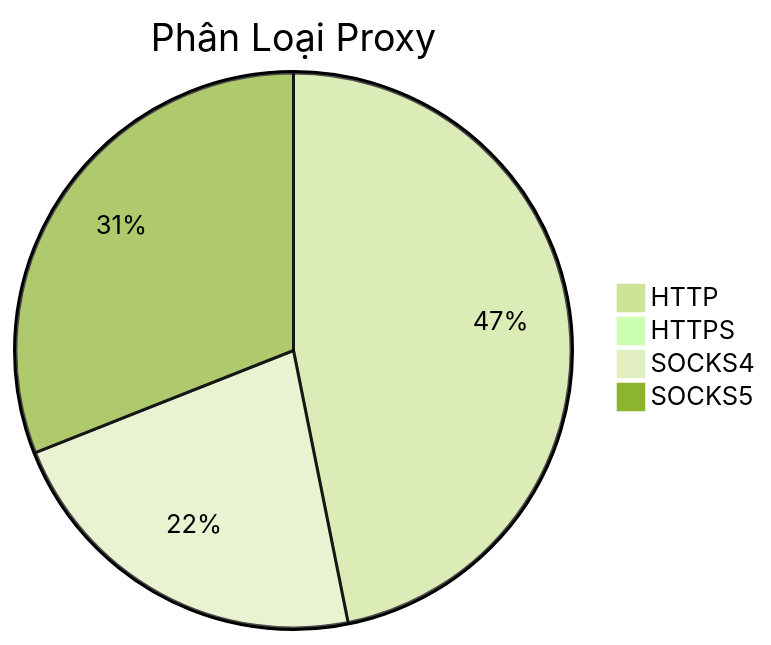
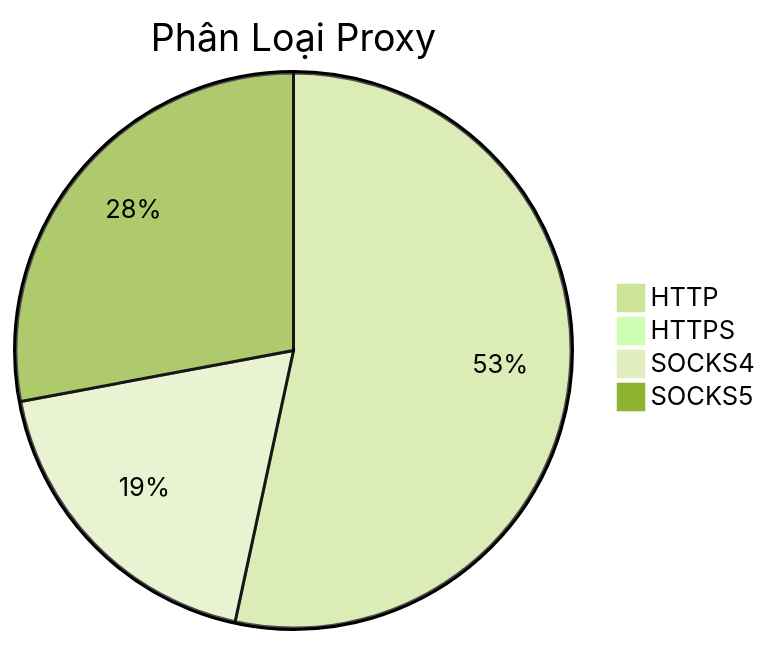
The diagram in README.md (Ciara-12/PROXY-free), drawn with Mermaid (forest theme) before and after one commit. The commit also changed other lines of this file and 4 other files, not shown here.

````diff
--- a/README.md
+++ b/README.md
@@ -26,7 +26,7 @@
 ```mermaid
 pie title Phân Loại Proxy
-    "HTTP" : 535
-    "HTTPS" : 2
-    "SOCKS4" : 253
-    "SOCKS5" : 354
+    "HTTP" : 680
+    "HTTPS" : 4
+    "SOCKS4" : 238
+    "SOCKS5" : 356
 ```
````
